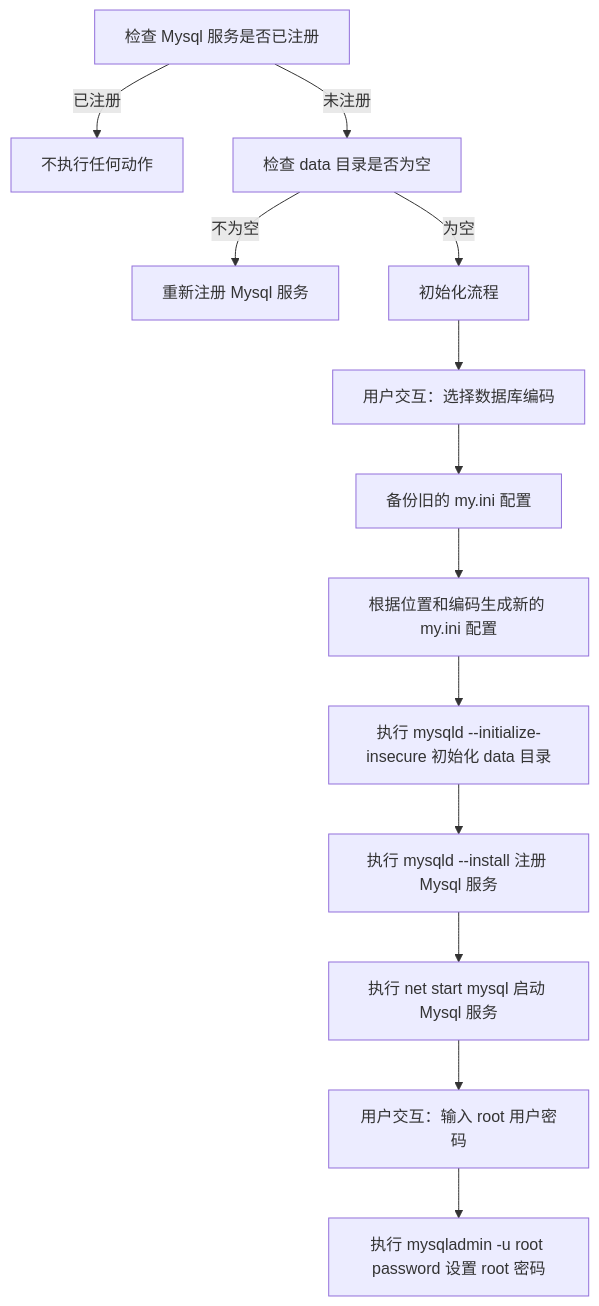
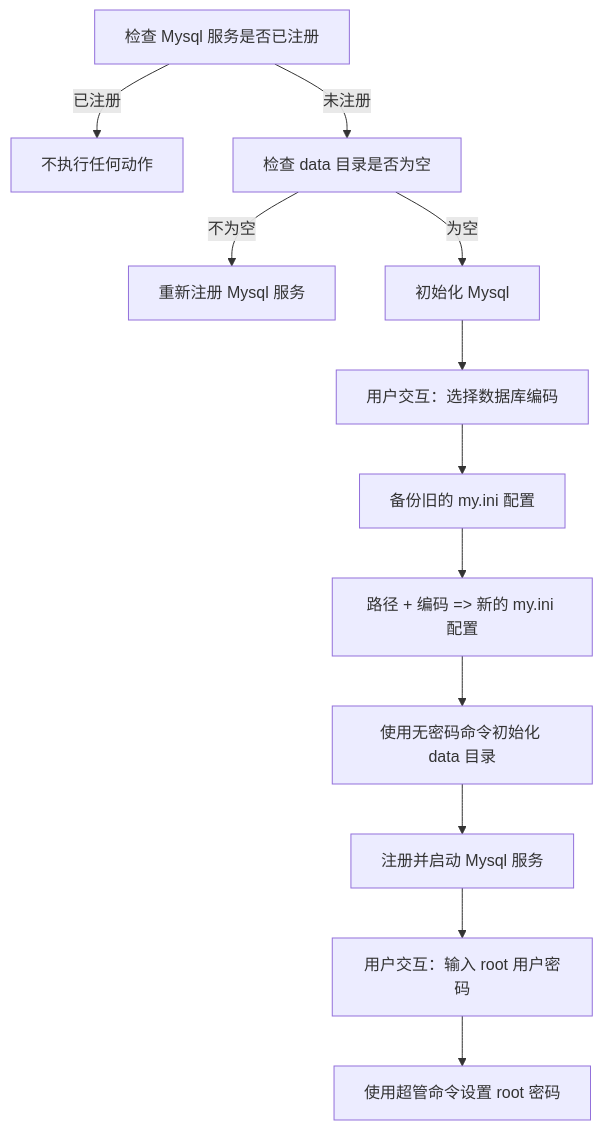
The diagram in README.md (EXP-Codes/onekey-mysql), drawn with Mermaid before and after one commit.

````diff
--- a/README.md
+++ b/README.md
@@ -76,15 +76,14 @@
 ```mermaid
 flowchart TD
     A[检查 Mysql 服务是否已注册] -->|已注册| B[不执行任何动作]
     A -->|未注册| C[检查 data 目录是否为空]
     C -->|不为空| D[重新注册 Mysql 服务]
-    C -->|为空| E[初始化流程]
+    C -->|为空| E[初始化 Mysql]
     E --> F[用户交互：选择数据库编码]
     F --> G[备份旧的 my.ini 配置]
-    G --> H[根据位置和编码生成新的 my.ini 配置]
-    H --> I[执行 mysqld --initialize-insecure 初始化 data 目录]
-    I --> J[执行 mysqld --install 注册 Mysql 服务]
-    J --> K[执行 net start mysql 启动 Mysql 服务]
-    K --> L[用户交互：输入 root 用户密码]
-    L --> M[执行 mysqladmin -u root password 设置 root 密码]
+    G --> H[路径 + 编码 => 新的 my.ini 配置]
+    H --> I[使用无密码命令初始化 data 目录]
+    I --> J[注册并启动 Mysql 服务]
+    J --> K[用户交互：输入 root 用户密码]
+    K --> L[使用超管命令设置 root 密码]
 ```
````
